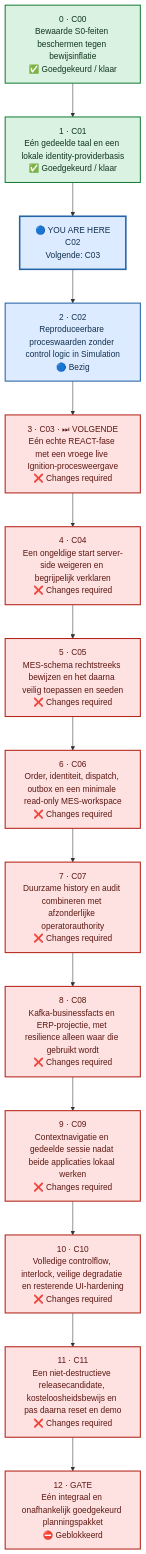
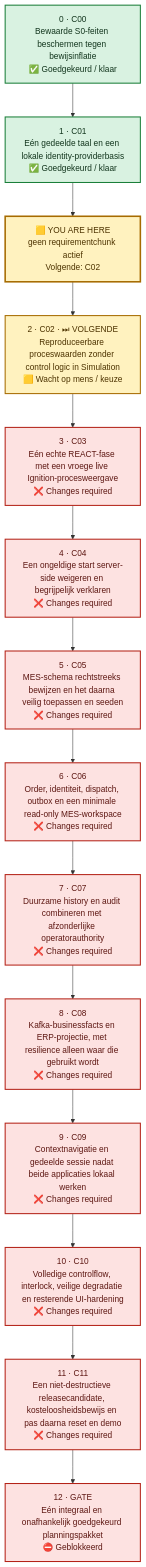
The second of 2 diagrams in README.md (Jandesch91/n1-bioforge-requirements-cockpit), drawn with Mermaid before and after one commit. The commit also changed other lines of this file and 4 other files, not shown here.

````diff
--- a/README.md
+++ b/README.md
@@ -50,41 +50,41 @@
 ```mermaid
 %%{init: {"flowchart": {"curve": "linear", "nodeSpacing": 55, "rankSpacing": 65, "htmlLabels": true}}}%%
 flowchart TB
     %% One vertical lane: order is explicit and no dependency arrows cross.
     chunk_0["0 · C00<br/>Bewaarde S0-feiten beschermen tegen bewijsinflatie<br/>✅ Goedgekeurd / klaar"]
     chunk_1["1 · C01<br/>Eén gedeelde taal en een lokale identity-providerbasis<br/>✅ Goedgekeurd / klaar"]
-    chunk_2["2 · C02<br/>Reproduceerbare proceswaarden zonder control logic in Simulation<br/>🔵 Bezig"]
-    chunk_3["3 · C03 · ⏭ VOLGENDE<br/>Eén echte REACT-fase met een vroege live Ignition-procesweergave<br/>❌ Changes required"]
+    chunk_2["2 · C02 · ⏭ VOLGENDE<br/>Reproduceerbare proceswaarden zonder control logic in Simulation<br/>🟨 Wacht op mens / keuze"]
+    chunk_3["3 · C03<br/>Eén echte REACT-fase met een vroege live Ignition-procesweergave<br/>❌ Changes required"]
     chunk_4["4 · C04<br/>Een ongeldige start server-side weigeren en begrijpelijk verklaren<br/>❌ Changes required"]
     chunk_5["5 · C05<br/>MES-schema rechtstreeks bewijzen en het daarna veilig toepassen en seeden<br/>❌ Changes required"]
     chunk_6["6 · C06<br/>Order, identiteit, dispatch, outbox en een minimale read-only MES-workspace<br/>❌ Changes required"]
     chunk_7["7 · C07<br/>Duurzame history en audit combineren met afzonderlijke operatorauthority<br/>❌ Changes required"]
     chunk_8["8 · C08<br/>Kafka-businessfacts en ERP-projectie, met resilience alleen waar die gebruikt wordt<br/>❌ Changes required"]
     chunk_9["9 · C09<br/>Contextnavigatie en gedeelde sessie nadat beide applicaties lokaal werken<br/>❌ Changes required"]
     chunk_10["10 · C10<br/>Volledige controlflow, interlock, veilige degradatie en resterende UI-hardening<br/>❌ Changes required"]
     chunk_11["11 · C11<br/>Een niet-destructieve releasecandidate, kosteloosheidsbewijs en pas daarna reset en demo<br/>❌ Changes required"]
     chunk_12["12 · GATE<br/>Eén integraal en onafhankelijk goedgekeurd planningspakket<br/>⛔ Geblokkeerd"]
-    current_marker["🔵 YOU ARE HERE<br/>C02<br/>Volgende: C03"]
+    current_marker["🟨 YOU ARE HERE<br/>geen requirementchunk actief<br/>Volgende: C02"]
     chunk_0 --> chunk_1 --> current_marker --> chunk_2 --> chunk_3 --> chunk_4 --> chunk_5 --> chunk_6 --> chunk_7 --> chunk_8 --> chunk_9 --> chunk_10 --> chunk_11 --> chunk_12
     classDef approved fill:#D9F2E1,stroke:#1B7F3A,color:#12351D,stroke-width:2px
     classDef inprogress fill:#DCEBFF,stroke:#2463A6,color:#12304F,stroke-width:2px
     classDef human fill:#FFF2BF,stroke:#A66B00,color:#4D3300,stroke-width:2px
     classDef changes fill:#FDE2E1,stroke:#B42318,color:#5D1712,stroke-width:2px
     classDef blocked fill:#FDE2E1,stroke:#B42318,color:#5D1712,stroke-width:2px
     classDef notstarted fill:#F2F4F7,stroke:#667085,color:#344054,stroke-width:2px
-    classDef current fill:#DCEBFF,stroke:#2463A6,color:#12304F,stroke-width:3px
+    classDef current fill:#FFF2BF,stroke:#A66B00,color:#4D3300,stroke-width:3px
     class chunk_0 approved
     class chunk_1 approved
-    class chunk_2 inprogress
+    class chunk_2 human
     class chunk_3 changes
     class chunk_4 changes
     class chunk_5 changes
     class chunk_6 changes
     class chunk_7 changes
     class chunk_8 changes
     class chunk_9 changes
     class chunk_10 changes
     class chunk_11 changes
     class chunk_12 blocked
     class current_marker current
 ```
````
